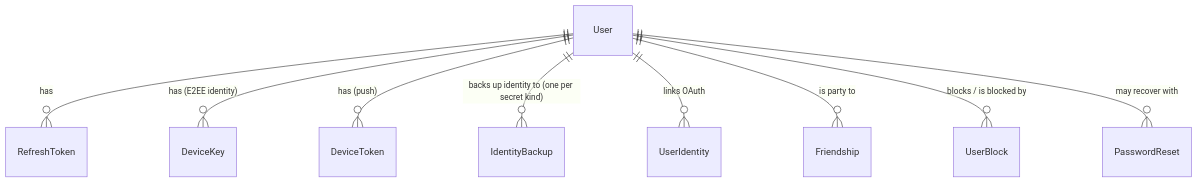
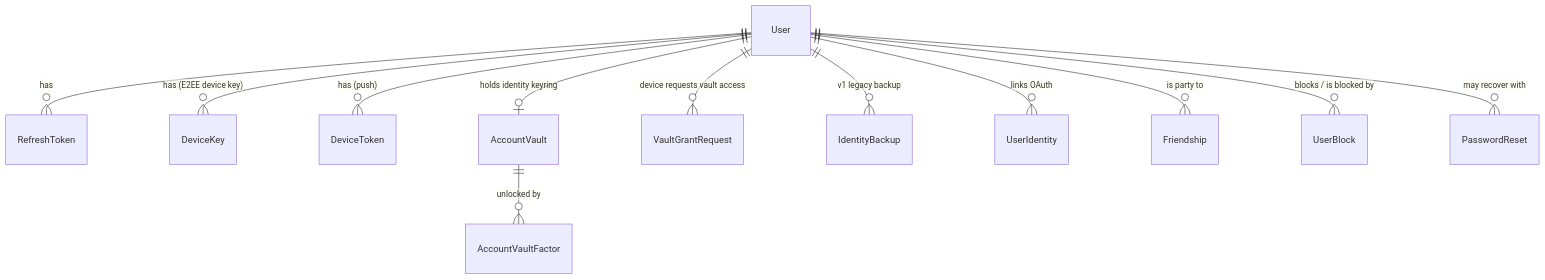
One commit to aiyu-ayaan/BetweenUs changed the first of 6 diagrams in docs/docs/database/schema.md. Above: the diagram before and after it, drawn with Mermaid. The commit also changed other lines of this file and 4 other files, not shown here.

Commit message:
docs: update public docs for account vault, object reconciler, and new E2EE architecture

````diff
--- a/docs/docs/database/schema.md
+++ b/docs/docs/database/schema.md
@@ -21,11 +21,14 @@
 ```mermaid
 erDiagram
     User ||--o{ RefreshToken : has
-    User ||--o{ DeviceKey : "has (E2EE identity)"
+    User ||--o{ DeviceKey : "has (E2EE device key)"
     User ||--o{ DeviceToken : "has (push)"
-    User ||--o{ IdentityBackup : "backs up identity to (one per secret kind)"
+    User ||--o| AccountVault : "holds identity keyring"
+    AccountVault ||--o{ AccountVaultFactor : "unlocked by"
+    User ||--o{ VaultGrantRequest : "device requests vault access"
+    User ||--o{ IdentityBackup : "v1 legacy backup"
     User ||--o{ UserIdentity : "links OAuth"
     User ||--o{ Friendship : "is party to"
     User ||--o{ UserBlock : "blocks / is blocked by"
     User ||--o{ PasswordReset : "may recover with"
 ```
````
